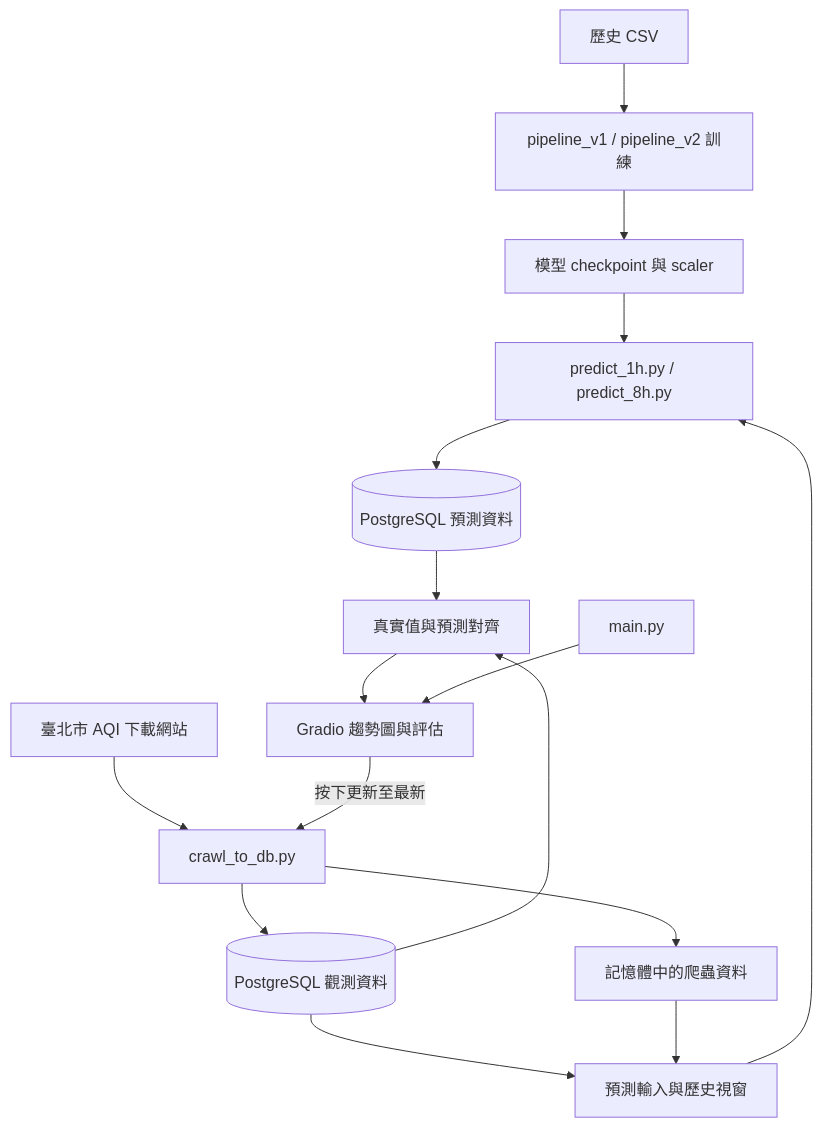
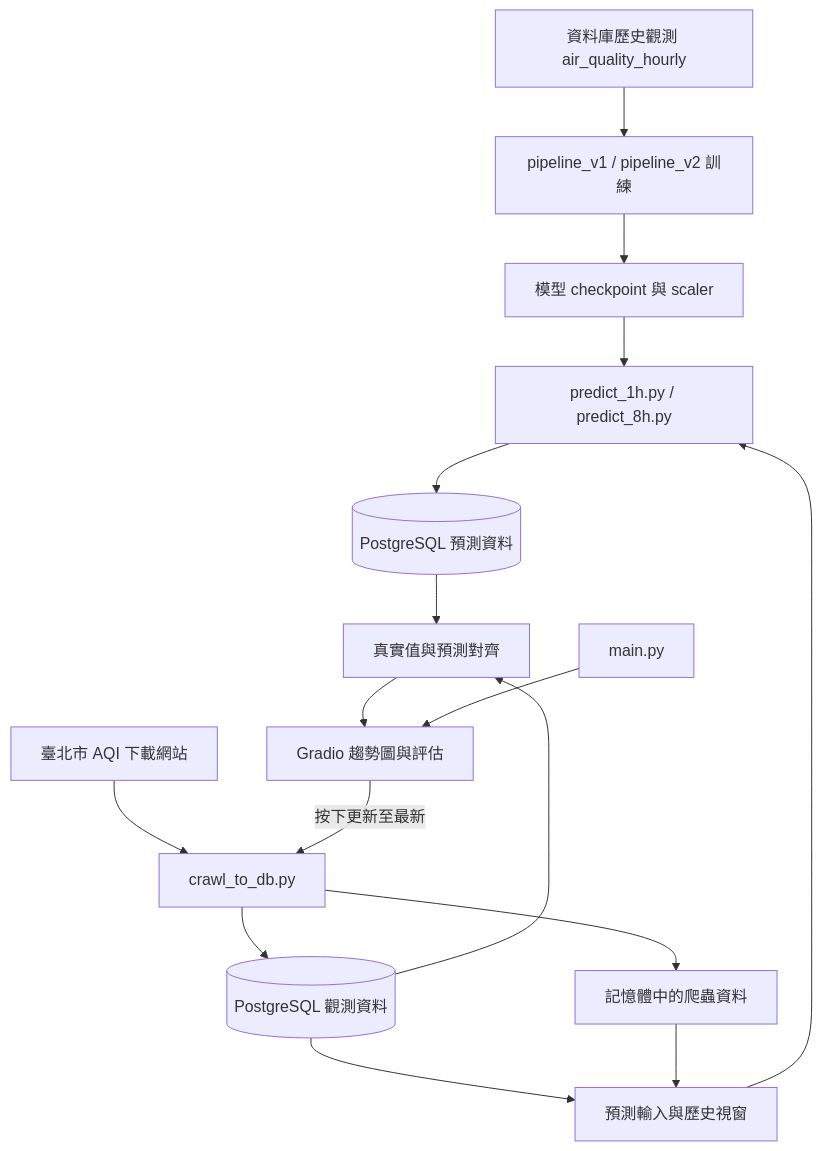
Before and after one commit to jonwang5150/AQI_Prediction_System: the diagram in README.md, drawn with Mermaid. The commit also changed other lines of this file and 6 other files, not shown here.

````diff
--- a/README.md
+++ b/README.md
@@ -35,18 +35,18 @@
 ```mermaid
 flowchart TD
-    A[歷史 CSV] --> B[pipeline_v1 / pipeline_v2 訓練]
+    A[資料庫歷史觀測 air_quality_hourly] --> B[pipeline_v1 / pipeline_v2 訓練]
     B --> C[模型 checkpoint 與 scaler]
     D[臺北市 AQI 下載網站] --> E[crawl_to_db.py]
     E --> F[(PostgreSQL 觀測資料)]
     E --> G[記憶體中的爬蟲資料]
     F --> H[預測輸入與歷史視窗]
     G --> H
     C --> I[predict_1h.py / predict_8h.py]
     H --> I
     I --> J[(PostgreSQL 預測資料)]
     F --> K[真實值與預測對齊]
     J --> K
     K --> L[Gradio 趨勢圖與評估]
     M[main.py] --> L
     L -->|按下更新至最新| E
 ```
````
